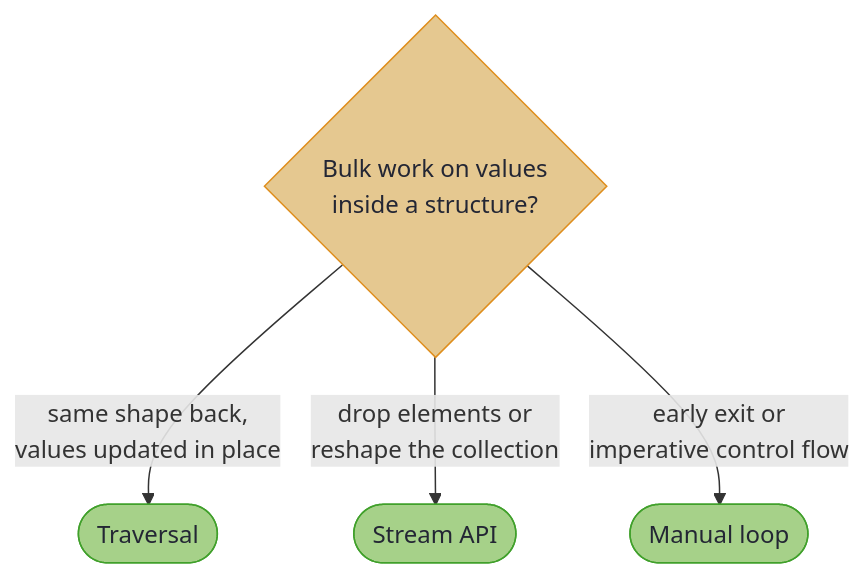
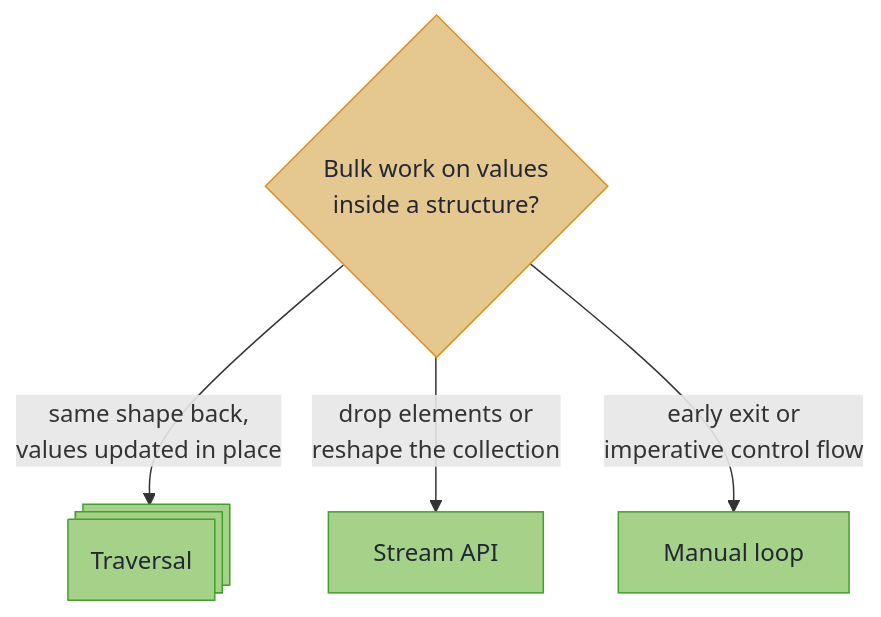
One commit to higher-kinded-j/higher-kinded-j changed the diagram in hkj-book/src/optics/traversals.md. Above: the diagram before and after it, drawn with Mermaid. The commit also changed other lines of this file and 24 other files, not shown here.

````diff
--- a/hkj-book/src/optics/traversals.md
+++ b/hkj-book/src/optics/traversals.md
@@ -204,12 +224,16 @@
 ```mermaid
 flowchart TD
+    accTitle: Traversal, stream or loop
+    accDescr: For bulk work on values inside a structure, use a Traversal when the same shape comes back with the values updated in place, the Stream API when elements are dropped or the collection reshaped, and a manual loop for an early exit or imperative control flow.
     Q{"Bulk work on values<br/>inside a structure?"}
-    Q -->|"same shape back,<br/>values updated in place"| T(["Traversal"])
-    Q -->|"drop elements or<br/>reshape the collection"| S(["Stream API"])
-    Q -->|"early exit or<br/>imperative control flow"| L(["Manual loop"])
+    Q -->|"same shape back,<br/>values updated in place"| T@{ shape: st-rect, label: "Traversal" }
+    Q -->|"drop elements or<br/>reshape the collection"| S["Stream API"]
+    Q -->|"early exit or<br/>imperative control flow"| L["Manual loop"]
 
     classDef decision fill:#e5c890,stroke:#df8e1d,color:#232634
+    classDef rw fill:#a6d189,stroke:#40a02b,color:#232634
     classDef tier fill:#a6d189,stroke:#40a02b,color:#232634
     class Q decision
-    class T,S,L tier
+    class T rw
+    class S,L tier
 ```
````
